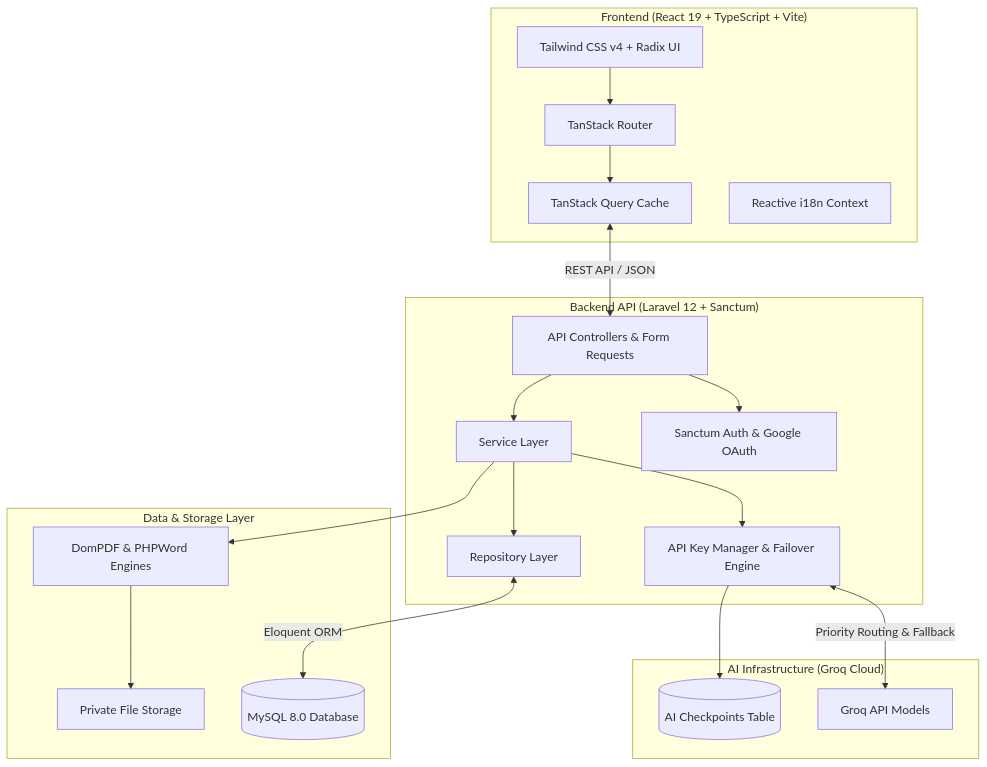
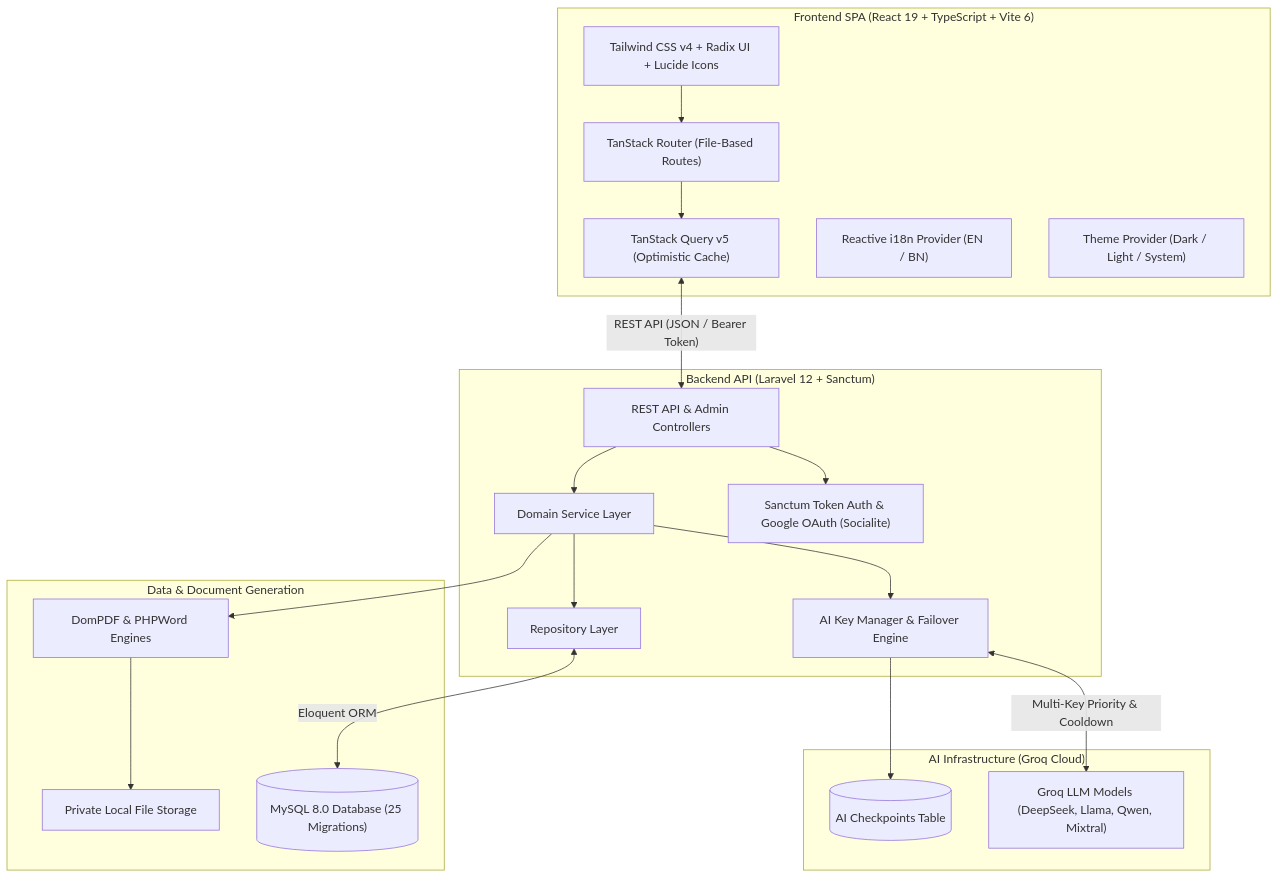
The diagram in README.md (Aqib2607/ResumeNova), drawn with Mermaid before and after one commit. The commit also changed other lines of this file and 1 other file, not shown here.

Commit message:
docs: update project README and backend documentation to match complete architecture and feature set

````diff
--- a/README.md
+++ b/README.md
@@ -87,39 +95,40 @@
 ```mermaid
 flowchart TB
-    subgraph Client["Frontend (React 19 + TypeScript + Vite)"]
-        UI[Tailwind CSS v4 + Radix UI]
-        Router[TanStack Router]
-        Query[TanStack Query Cache]
-        i18n[Reactive i18n Context]
+    subgraph Client["Frontend SPA (React 19 + TypeScript + Vite 6)"]
+        UI["Tailwind CSS v4 + Radix UI + Lucide Icons"]
+        Router["TanStack Router (File-Based Routes)"]
+        Query["TanStack Query v5 (Optimistic Cache)"]
+        i18n["Reactive i18n Provider (EN / BN)"]
+        Theme["Theme Provider (Dark / Light / System)"]
     end
 
     subgraph API["Backend API (Laravel 12 + Sanctum)"]
-        Auth[Sanctum Auth & Google OAuth]
-        Controllers[API Controllers & Form Requests]
-        Services[Service Layer]
-        Failover[API Key Manager & Failover Engine]
-        Repo[Repository Layer]
+        Auth["Sanctum Token Auth & Google OAuth (Socialite)"]
+        Controllers["REST API & Admin Controllers"]
+        Services["Domain Service Layer"]
+        Failover["AI Key Manager & Failover Engine"]
+        Repo["Repository Layer"]
     end
 
     subgraph AI["AI Infrastructure (Groq Cloud)"]
-        Groq[Groq API Models]
-        CP[(AI Checkpoints Table)]
+        Groq["Groq LLM Models (DeepSeek, Llama, Qwen, Mixtral)"]
+        CP[("AI Checkpoints Table")]
     end
 
-    subgraph Storage["Data & Storage Layer"]
-        MySQL[(MySQL 8.0 Database)]
-        DocGen[DomPDF & PHPWord Engines]
-        Files[Private File Storage]
+    subgraph Storage["Data & Document Generation"]
+        MySQL[("MySQL 8.0 Database (25 Migrations)")]
+        DocGen["DomPDF & PHPWord Engines"]
+        Files["Private Local File Storage"]
     end
 
     UI --> Router --> Query
-    Query <-->|REST API / JSON| Controllers
+    Query <-->|"REST API (JSON / Bearer Token)"| Controllers
     Controllers --> Auth
     Controllers --> Services
     Services --> Failover
     Services --> Repo
-    Failover <-->|Priority Routing & Fallback| Groq
+    Failover <-->|"Multi-Key Priority & Cooldown"| Groq
     Failover --> CP
-    Repo <-->|Eloquent ORM| MySQL
+    Repo <-->|"Eloquent ORM"| MySQL
     Services --> DocGen --> Files
 ```
````
